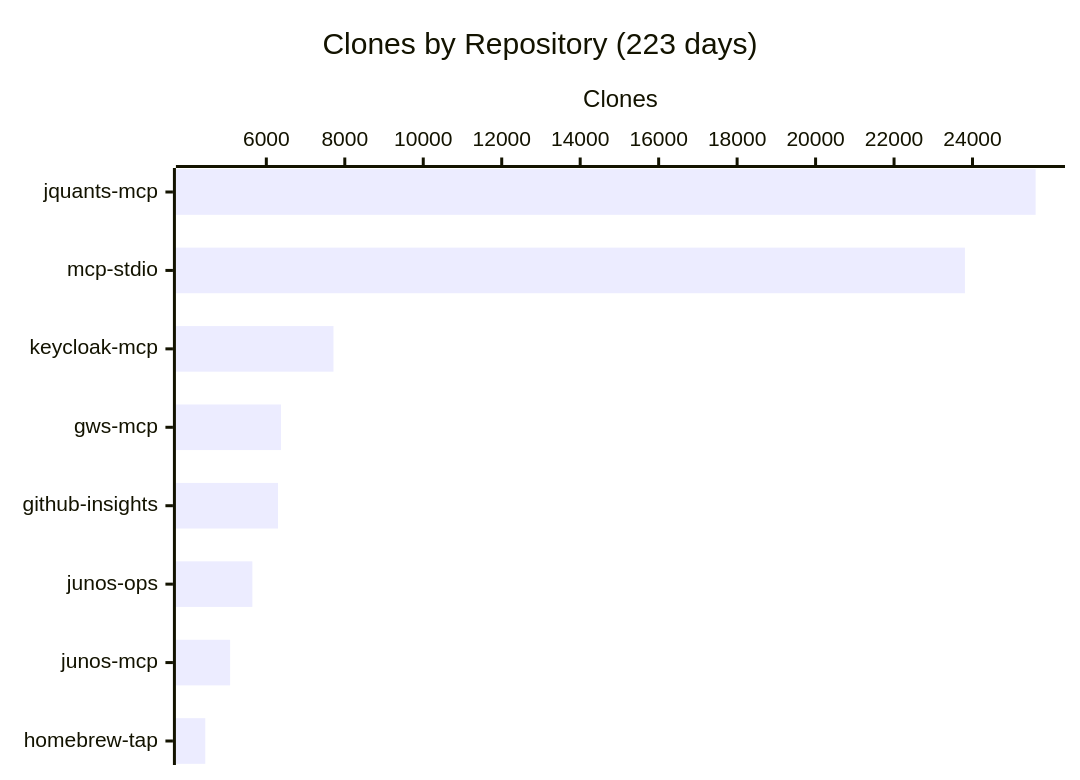
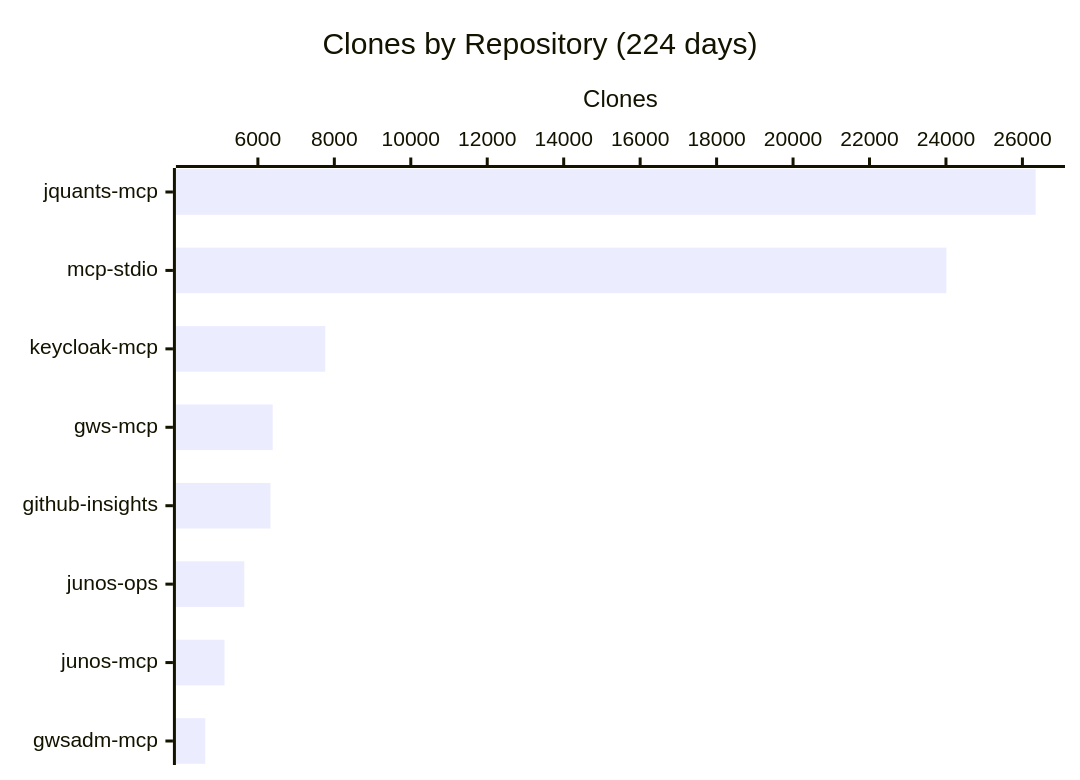
The fourth of 4 diagrams in README.md (shigechika/github-insights), drawn with Mermaid before and after one commit. The commit also changed other lines of this file and 1 other file, not shown here.

````diff
--- a/README.md
+++ b/README.md
@@ -58,7 +58,7 @@
 ```mermaid
 xychart-beta horizontal
-    title "Clones by Repository (223 days)"
-    x-axis ["jquants-mcp", "mcp-stdio", "keycloak-mcp", "gws-mcp", "github-insights", "junos-ops", "junos-mcp", "homebrew-tap"]
+    title "Clones by Repository (224 days)"
+    x-axis ["jquants-mcp", "mcp-stdio", "keycloak-mcp", "gws-mcp", "github-insights", "junos-ops", "junos-mcp", "gwsadm-mcp"]
     y-axis "Clones"
-    bar [25609, 23806, 7712, 6375, 6297, 5644, 5077, 4444]
+    bar [26346, 24012, 7762, 6388, 6330, 5645, 5127, 4624]
 ```
````
